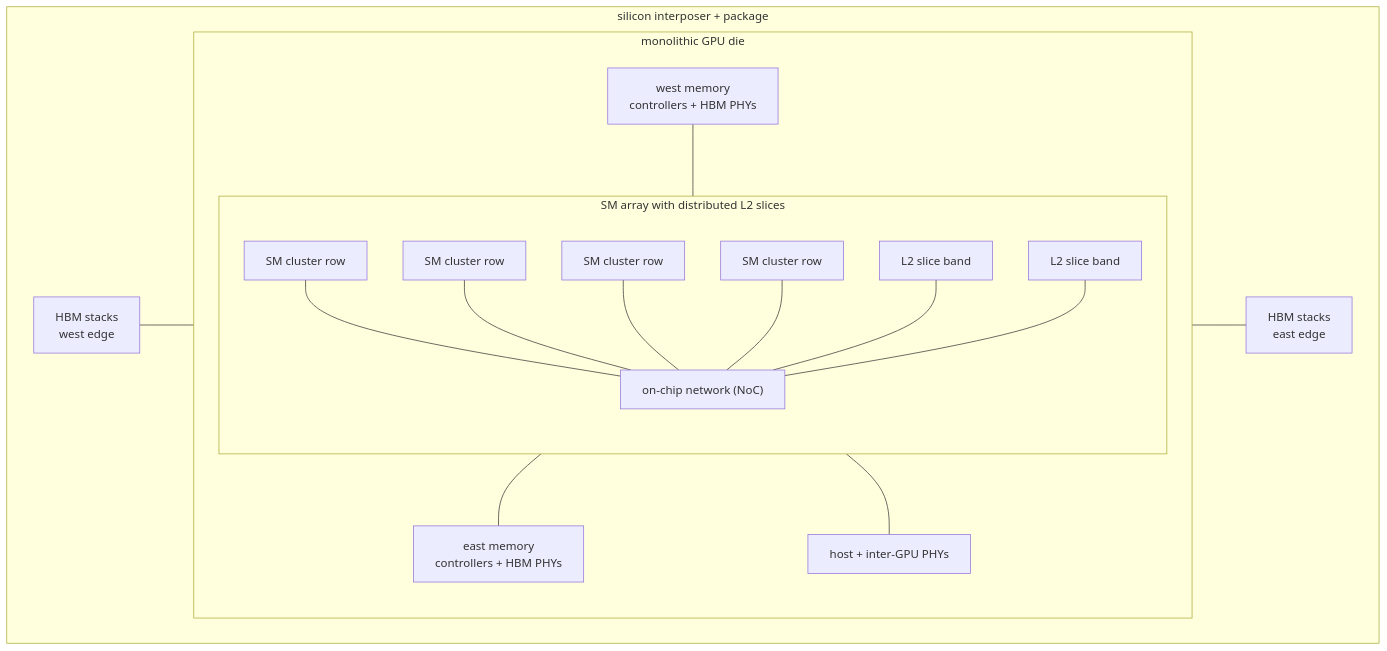
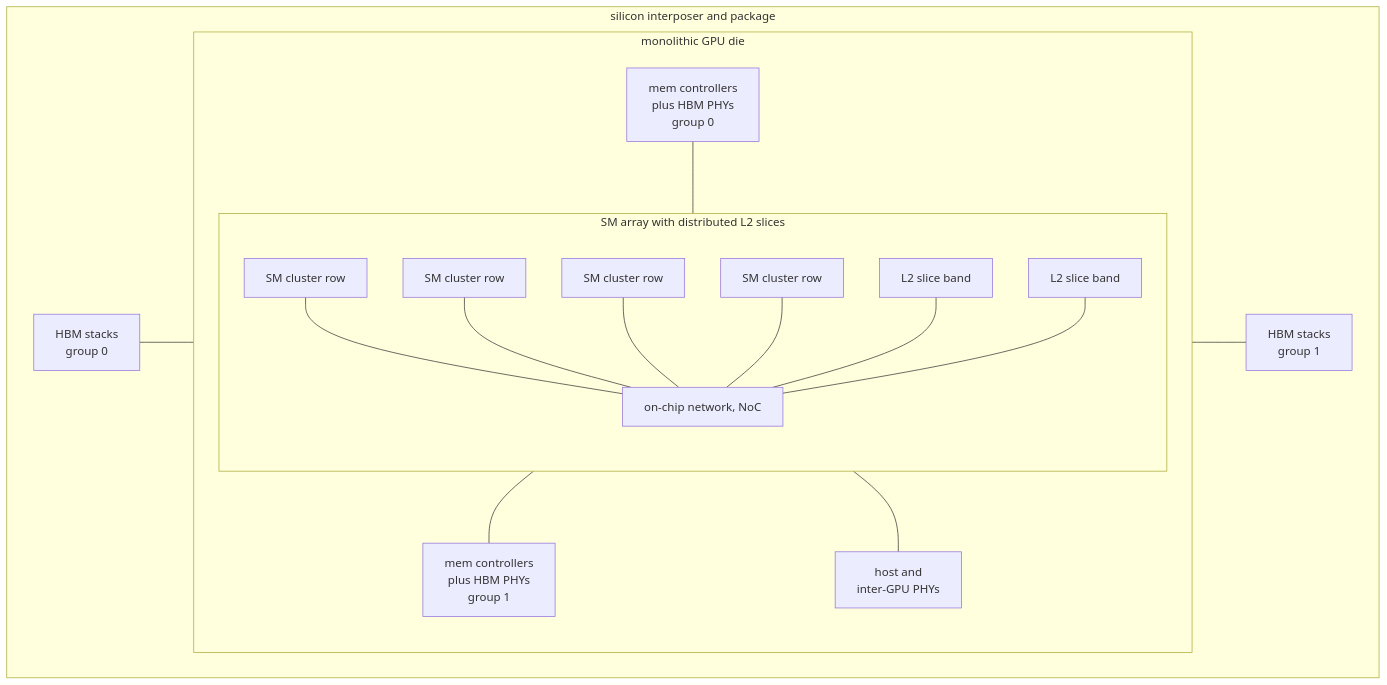
The second of 2 diagrams in 01_Architecture_and_PPA/02_GPU_Architecture/00_Design_Methodology/02_GPU_PPA_and_Physical_Implementation.md (Wty2003328/silicon-design-notebook), drawn with Mermaid before and after one commit. The commit also changed other lines of this file and 125 other files, not shown here.

First line of the commit message:
Complete the AMBA family, refresh the learning path, and make every figure and formula actually render

````diff
--- a/01_Architecture_and_PPA/02_GPU_Architecture/00_Design_Methodology/02_GPU_PPA_and_Physical_Implementation.md
+++ b/01_Architecture_and_PPA/02_GPU_Architecture/00_Design_Methodology/02_GPU_PPA_and_Physical_Implementation.md
@@ -132,35 +134,35 @@
 ```mermaid
 flowchart LR
-    subgraph INTP["silicon interposer + package"]
+    subgraph INTP["silicon interposer and package"]
       direction LR
-      HBMW["HBM stacks<br/>west edge"]
+      HBM0["HBM stacks<br/>group 0"]
       subgraph DIE["monolithic GPU die"]
         direction TB
-        MCW["west memory<br/>controllers + HBM PHYs"]
+        MC0["mem controllers<br/>plus HBM PHYs<br/>group 0"]
         subgraph FAB["SM array with distributed L2 slices"]
           direction TB
           ROWA["SM cluster row"]
           L2A["L2 slice band"]
           ROWB["SM cluster row"]
-          NOC["on-chip network (NoC)"]
+          NOC["on-chip network, NoC"]
           ROWC["SM cluster row"]
           L2B["L2 slice band"]
           ROWD["SM cluster row"]
         end
-        MCE["east memory<br/>controllers + HBM PHYs"]
-        IOP["host + inter-GPU PHYs"]
+        MC1["mem controllers<br/>plus HBM PHYs<br/>group 1"]
+        IOP["host and<br/>inter-GPU PHYs"]
       end
-      HBME["HBM stacks<br/>east edge"]
+      HBM1["HBM stacks<br/>group 1"]
     end
-    HBMW --- MCW
-    MCW --- FAB
-    FAB --- MCE
-    MCE --- HBME
+    HBM0 --- MC0
+    MC0 --- FAB
+    FAB --- MC1
+    MC1 --- HBM1
     ROWA --- NOC
     ROWB --- NOC
     ROWC --- NOC
     ROWD --- NOC
     L2A --- NOC
     L2B --- NOC
     FAB --- IOP
 ```
````
